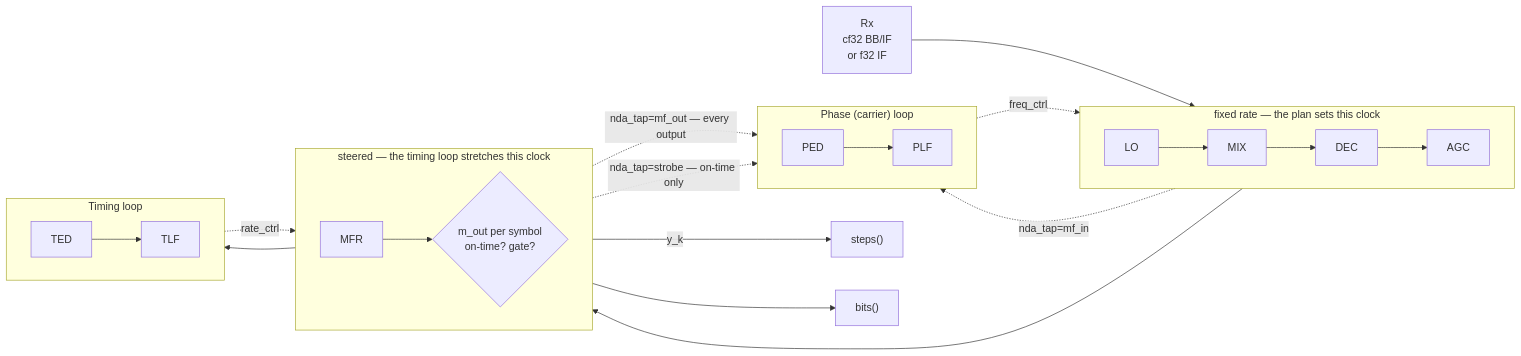
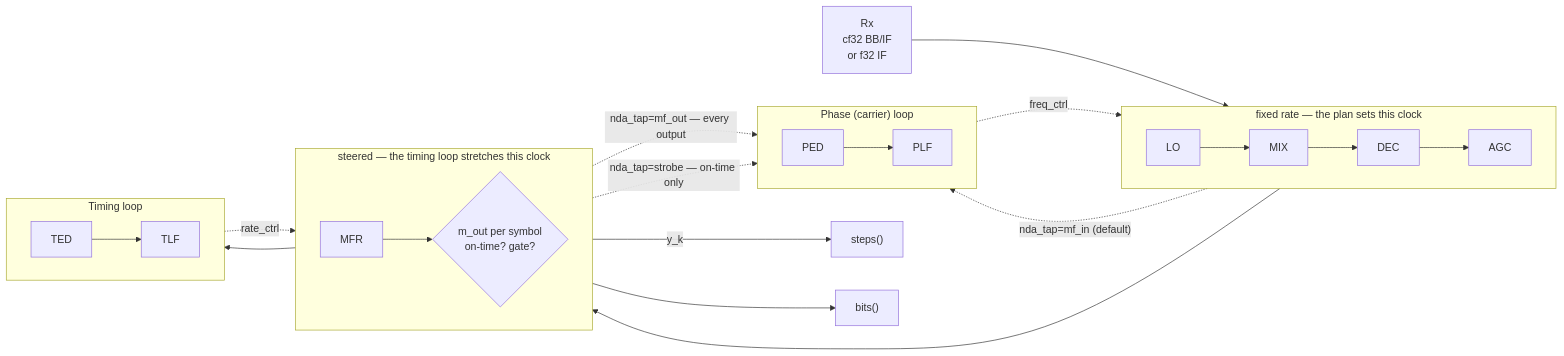
One commit to doppler-dsp/doppler changed the first of 2 diagrams in docs/design/mpsk.md. Above: the diagram before and after it, drawn with Mermaid. The commit also changed other lines of this file and 22 other files, not shown here.

````diff
--- a/docs/design/mpsk.md
+++ b/docs/design/mpsk.md
@@ -52,36 +52,36 @@
 ```mermaid
 flowchart LR
     IN["Rx<br/>cf32 BB/IF<br/>or f32 IF"]
 
     subgraph FIXED["fixed rate — the plan sets this clock"]
         direction LR
         LO["LO"] --> MIX["MIX"]
         MIX --> DEC["DEC"] --> AGC["AGC"]
     end
 
     subgraph STEERED["steered — the timing loop stretches this clock"]
         direction LR
         MFR["MFR"] --> STROBE{"m_out per symbol<br/>on-time? gate?"}
     end
 
     subgraph CAR["Phase (carrier) loop"]
         direction LR
         PED["PED"] --> PLF["PLF"]
     end
 
     subgraph TL["Timing loop"]
         direction LR
         TED["TED"] --> TLF["TLF"]
     end
 
     IN --> MIX
     AGC --> MFR
-    AGC -.->|"nda_tap=mf_in"| PED
+    AGC -.->|"nda_tap=mf_in (default)"| PED
     STROBE -.->|"nda_tap=mf_out — every output"| PED
     STROBE -.->|"nda_tap=strobe — on-time only"| PED
     STROBE --> TED
     PLF -.->|"freq_ctrl"| LO
     TLF -.->|"rate_ctrl"| MFR
     STROBE -->|"y_k"| OUT["steps()"]
     STROBE --> BITS["bits()"]
 ```
````
